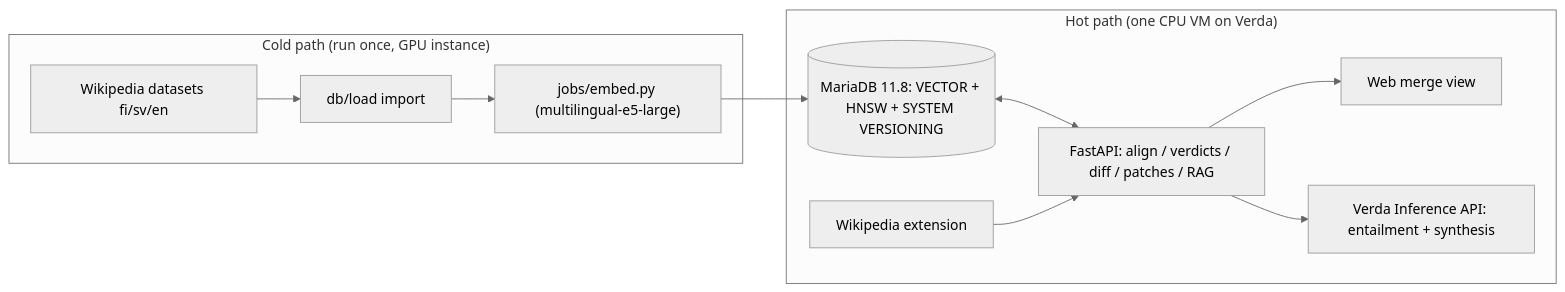
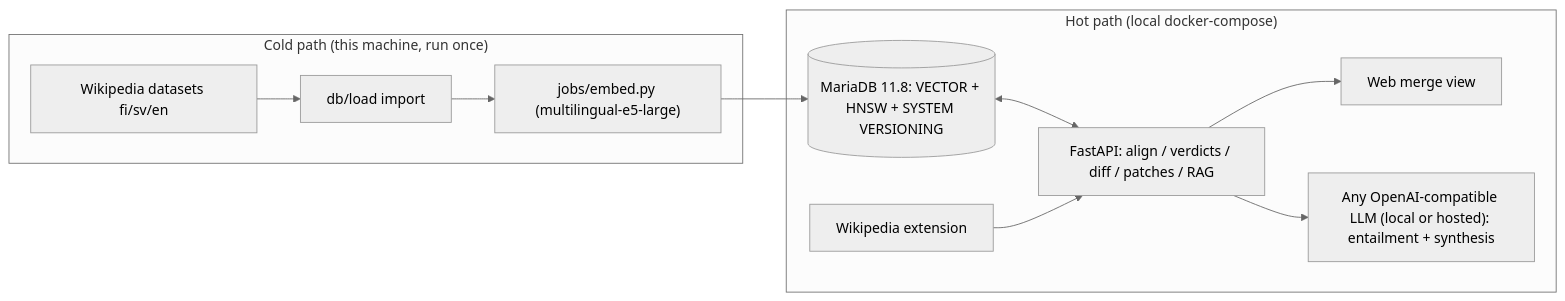
The diagram in README.md (jppf22/one-verifiable-record), drawn with Mermaid (neutral theme) before and after one commit. The commit also changed other lines of this file and 31 other files, not shown here.

````diff
--- a/README.md
+++ b/README.md
@@ -30,13 +30,13 @@
 ```mermaid
 flowchart LR
-  subgraph cold["Cold path (run once, GPU instance)"]
+  subgraph cold["Cold path (this machine, run once)"]
     DS[Wikipedia datasets fi/sv/en] --> IMP["db/load import"] --> EMB["jobs/embed.py (multilingual-e5-large)"]
   end
-  subgraph hot["Hot path (one CPU VM on Verda)"]
+  subgraph hot["Hot path (local docker-compose)"]
     MARIA[("MariaDB 11.8: VECTOR + HNSW + SYSTEM VERSIONING")] <--> API["FastAPI: align / verdicts / diff / patches / RAG"]
     API --> WEB["Web merge view"]
     EXT["Wikipedia extension"] --> API
-    API --> LLM["Verda Inference API: entailment + synthesis"]
+    API --> LLM["Any OpenAI-compatible LLM (local or hosted): entailment + synthesis"]
   end
   EMB --> MARIA
 ```
````
